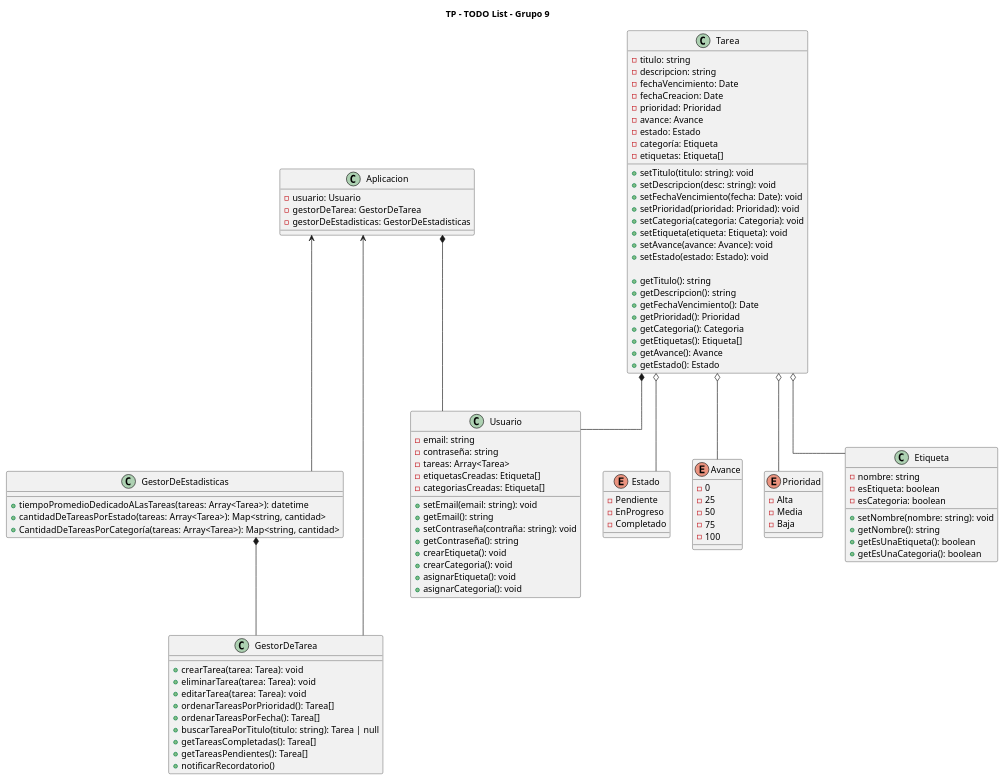
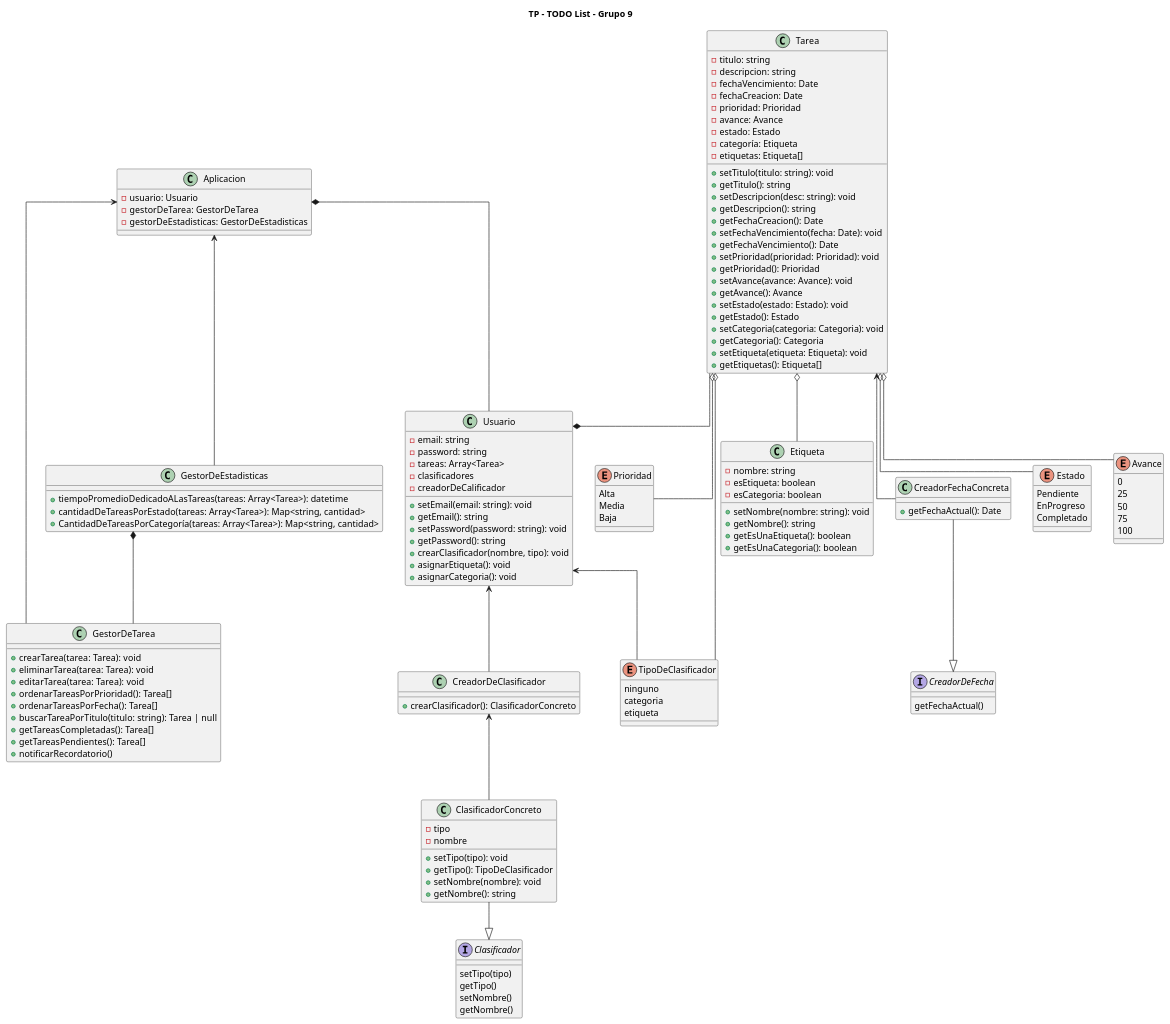
The diagram in Diagrama/pao_diagrama.puml (FrancisLuna/ToDo-POO-Grupo-9), drawn with PlantUML before and after one commit. The commit also changed 15 other files, not shown here.

Commit message:
Crear clase Usuario y adaptar entorno

```diff
--- a/Diagrama/pao_diagrama.puml
+++ b/Diagrama/pao_diagrama.puml
@@ -1,118 +1,159 @@
 @startuml ToDoList
 
 title TP - TODO List - Grupo 9
 skinparam lineType ortho
 
 class Aplicacion{
     - usuario: Usuario
     - gestorDeTarea: GestorDeTarea
     - gestorDeEstadisticas: GestorDeEstadisticas
 }
 
 class GestorDeEstadisticas{
     + tiempoPromedioDedicadoALasTareas(tareas: Array<Tarea>): datetime
     + cantidadDeTareasPorEstado(tareas: Array<Tarea>): Map<string, cantidad>
     + CantidadDeTareasPorCategoría(tareas: Array<Tarea>): Map<string, cantidad>
 }
 
 class Usuario{
     - email: string
-    - contraseña: string
+    - password: string
     - tareas: Array<Tarea>
-    - etiquetasCreadas: Etiqueta[]
-    - categoriasCreadas: Etiqueta[]
+    - clasificadores
+    - creadorDeCalificador
 
     + setEmail(email: string): void
     + getEmail(): string
-    + setContraseña(contraña: string): void
-    + getContraseña(): string
-    + crearEtiqueta(): void
-    + crearCategoria(): void
+    + setPassword(password: string): void
+    + getPassword(): string
+    + crearClasificador(nombre, tipo): void
     + asignarEtiqueta(): void
     + asignarCategoria(): void
+}
+
+class CreadorFechaConcreta{
+    + getFechaActual(): Date
 }
 
 class Tarea{
     - titulo: string
     - descripcion: string
     - fechaVencimiento: Date
     - fechaCreacion: Date
     - prioridad: Prioridad
     - avance: Avance
     - estado: Estado
     - categoría: Etiqueta
     - etiquetas: Etiqueta[]
     
     + setTitulo(titulo: string): void
+    + getTitulo(): string
     + setDescripcion(desc: string): void
+    + getDescripcion(): string
+    + getFechaCreacion(): Date
     + setFechaVencimiento(fecha: Date): void
+    + getFechaVencimiento(): Date
     + setPrioridad(prioridad: Prioridad): void
+    + getPrioridad(): Prioridad
+    + setAvance(avance: Avance): void
+    + getAvance(): Avance
+    + setEstado(estado: Estado): void
+    + getEstado(): Estado
     + setCategoria(categoria: Categoria): void
+    + getCategoria(): Categoria
     + setEtiqueta(etiqueta: Etiqueta): void
-    + setAvance(avance: Avance): void
-    + setEstado(estado: Estado): void
+    + getEtiquetas(): Etiqueta[]
+}
 
-    + getTitulo(): string
-    + getDescripcion(): string
-    + getFechaVencimiento(): Date
-    + getPrioridad(): Prioridad
-    + getCategoria(): Categoria
-    + getEtiquetas(): Etiqueta[]
-    + getAvance(): Avance
-    + getEstado(): Estado
+class ClasificadorConcreto{
+    - tipo
+    - nombre
+    + setTipo(tipo): void
+    + getTipo(): TipoDeClasificador
+    + setNombre(nombre): void
+    + getNombre(): string
+}
+
+class CreadorDeClasificador{
+    + crearClasificador(): ClasificadorConcreto
+}
+
+interface Clasificador{
+    setTipo(tipo)
+    getTipo()
+    setNombre()
+    getNombre()
+}
+
+interface CreadorDeFecha{
+    getFechaActual()    
 }
 
 ENUM Estado{
-    - Pendiente
-    - EnProgreso
-    - Completado
+    Pendiente
+    EnProgreso
+    Completado
 }
 
 ENUM Avance{
-    - 0
-    - 25
-    - 50
-    - 75
-    - 100
+    0
+    25
+    50
+    75
+    100
 }
 
 ENUM Prioridad{
-    - Alta
-    - Media
-    - Baja
+    Alta
+    Media
+    Baja
+}
+
+ENUM TipoDeClasificador{
+    ninguno
+    categoria
+    etiqueta
 }
 
 class Etiqueta{
     - nombre: string
     - esEtiqueta: boolean
     - esCategoria: boolean
 
     + setNombre(nombre: string): void
     + getNombre(): string
     + getEsUnaEtiqueta(): boolean
     + getEsUnaCategoria(): boolean
 }
 
 class GestorDeTarea{
     + crearTarea(tarea: Tarea): void
     + eliminarTarea(tarea: Tarea): void
     + editarTarea(tarea: Tarea): void
     + ordenarTareasPorPrioridad(): Tarea[]
     + ordenarTareasPorFecha(): Tarea[]
     + buscarTareaPorTitulo(titulo: string): Tarea | null
     + getTareasCompletadas(): Tarea[]
     + getTareasPendientes(): Tarea[]
     + notificarRecordatorio()
 }
 
 Aplicacion *-- Usuario
 Aplicacion <-- GestorDeTarea
 Aplicacion <-- GestorDeEstadisticas
 GestorDeEstadisticas *-- GestorDeTarea
-Tarea *-- Usuario
+Tarea --* Usuario
 Tarea o-- Etiqueta
 Tarea o-- Prioridad
 Tarea o-- Estado
 Tarea o-- Avance
+Tarea o-- TipoDeClasificador
+Tarea <-- CreadorFechaConcreta
+Usuario <-- TipoDeClasificador
+ClasificadorConcreto --|> Clasificador
+CreadorDeClasificador <-- ClasificadorConcreto
+Usuario <-- CreadorDeClasificador
+CreadorFechaConcreta --|> CreadorDeFecha
+
 
 @enduml
```
